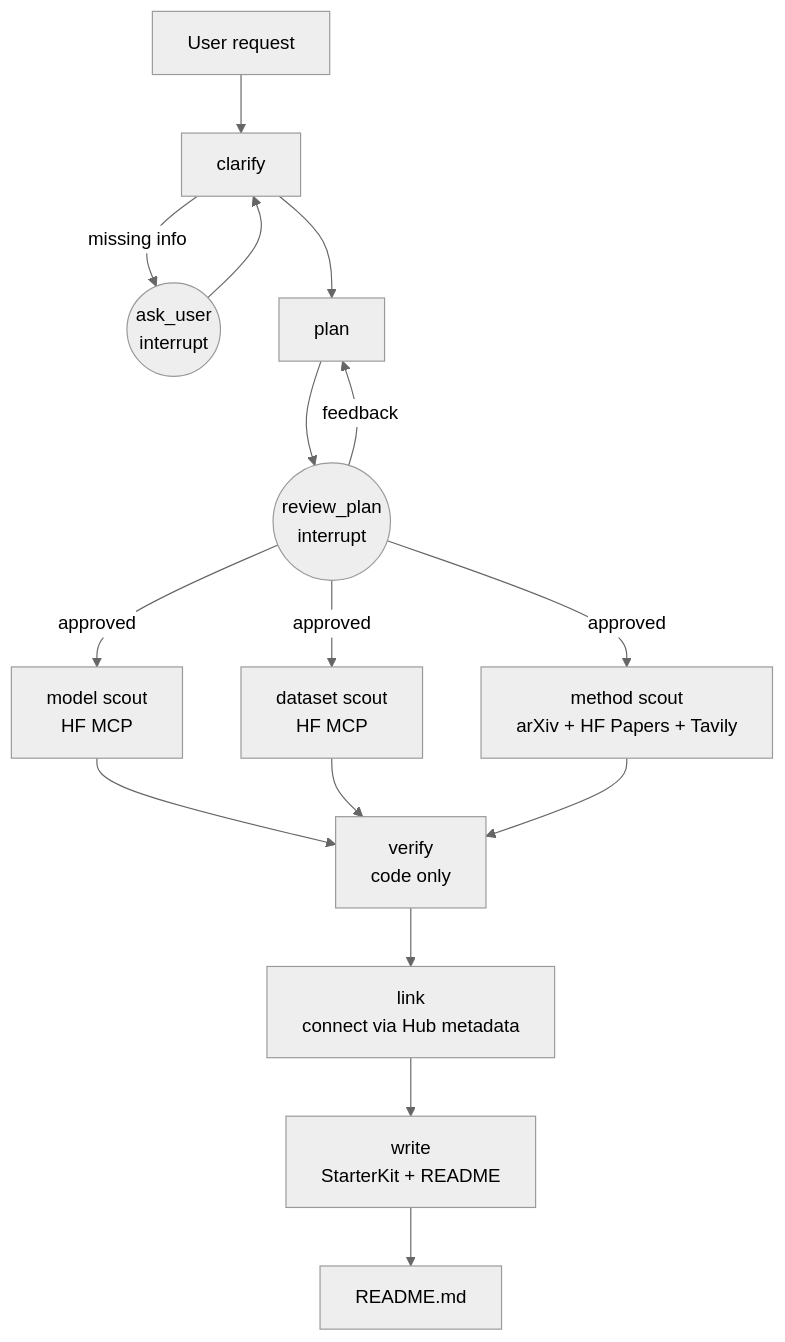
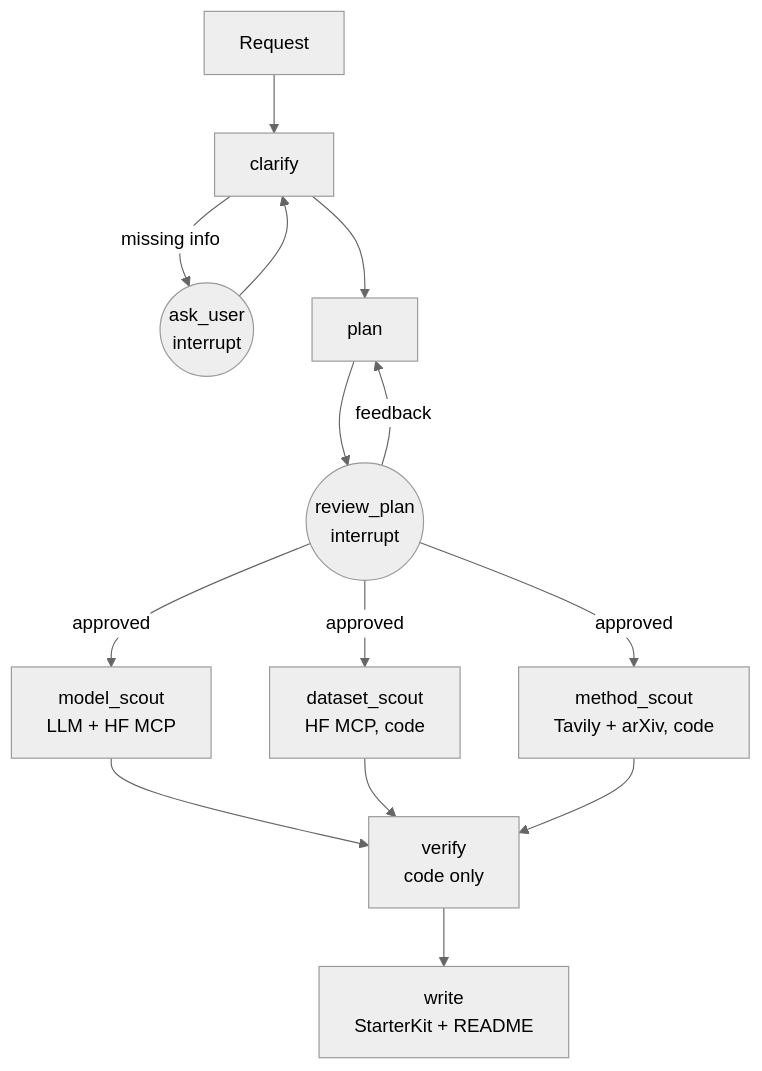
One commit to 2910Abhishek/HubScout changed the diagram in docs/HubScout_Project_Card.md. Above: the diagram before and after it, drawn with Mermaid (neutral theme). The commit also changed other lines of this file, not shown here.

````diff
--- a/docs/HubScout_Project_Card.md
+++ b/docs/HubScout_Project_Card.md
@@ -281,17 +94,15 @@
 ```mermaid
 flowchart TD
-    U[User request] --> C[clarify]
+    U[Request] --> C[clarify]
     C -- missing info --> Q((ask_user<br/>interrupt)) --> C
     C --> P[plan]
     P --> R((review_plan<br/>interrupt))
     R -- feedback --> P
-    R -- approved --> MS[model scout<br/>HF MCP]
-    R -- approved --> DS[dataset scout<br/>HF MCP]
-    R -- approved --> ME[method scout<br/>arXiv + HF Papers + Tavily]
+    R -- approved --> MS[model_scout<br/>LLM + HF MCP]
+    R -- approved --> DS[dataset_scout<br/>HF MCP, code]
+    R -- approved --> ME[method_scout<br/>Tavily + arXiv, code]
     MS --> V[verify<br/>code only]
     DS --> V
     ME --> V
-    V --> L[link<br/>connect via Hub metadata]
-    L --> W[write<br/>StarterKit + README]
-    W --> O[README.md]
+    V --> W[write<br/>StarterKit + README]
 ```
````
